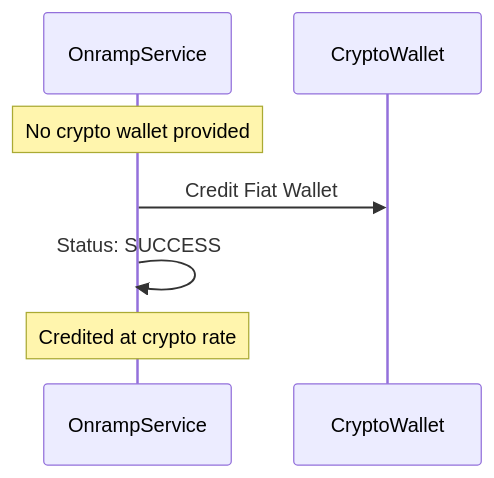
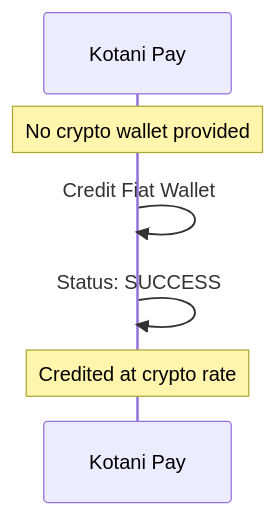
Before and after one commit to john-muinde/docs: the eighth of 9 diagrams in v3/flows/onramp-flow.mdx, drawn with Mermaid. The commit also changed other lines of this file and 5 other files, not shown here.

````diff
--- a/v3/flows/onramp-flow.mdx
+++ b/v3/flows/onramp-flow.mdx
@@ -191,10 +176,9 @@
 ```mermaid
 sequenceDiagram
-    participant OnrampService
-    participant CryptoWallet
+    participant Kotani Pay
 
-    Note over OnrampService: No crypto wallet provided
-    OnrampService->>CryptoWallet: Credit Fiat Wallet
-    OnrampService->>OnrampService: Status: SUCCESS
-    Note over OnrampService: Credited at crypto rate
+    Note over Kotani Pay: No crypto wallet provided
+    Kotani Pay->>Kotani Pay: Credit Fiat Wallet
+    Kotani Pay->>Kotani Pay: Status: SUCCESS
+    Note over Kotani Pay: Credited at crypto rate
 ```
````
